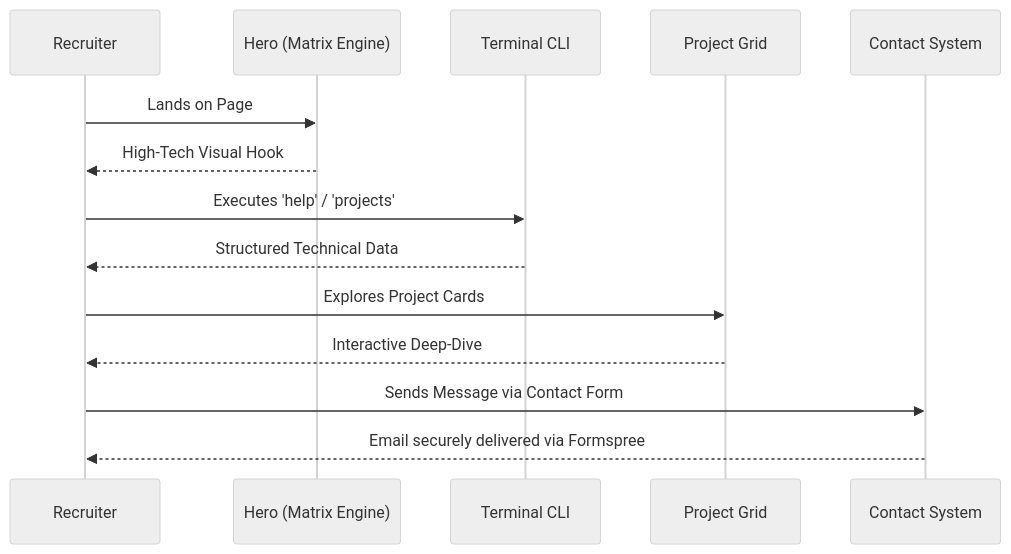
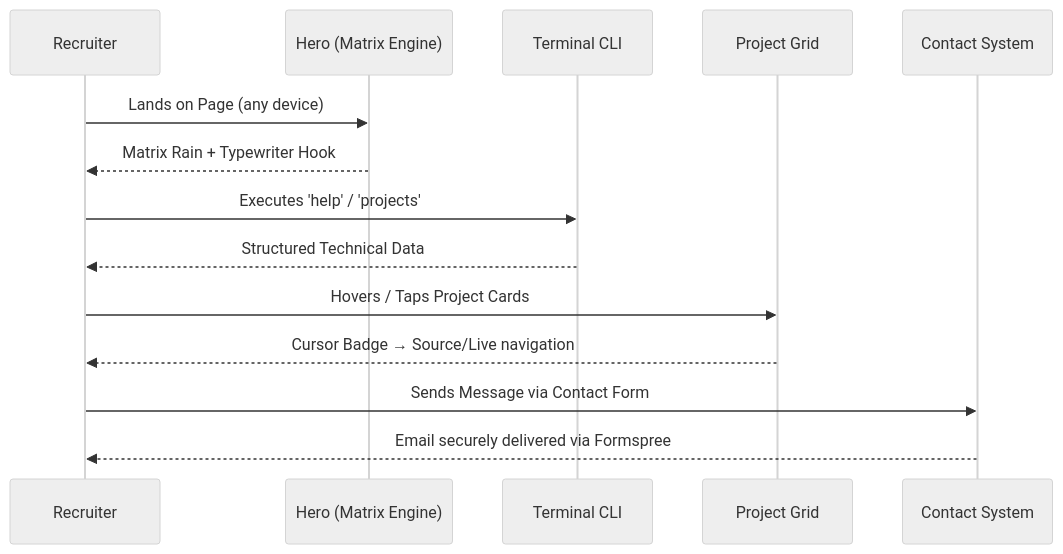
The second of 2 diagrams in README.md (VARA4u-tech/Vara-s--Portfolio), drawn with Mermaid (neutral theme) before and after one commit. The commit also changed other lines of this file, not shown here.

Commit message:
docs: update README with project card interaction details, multi-tier canvas performance models, and technical stack refinements

````diff
--- a/README.md
+++ b/README.md
@@ -106,17 +114,17 @@
 ```mermaid
 sequenceDiagram
     participant Recruiter
     participant Hero as Hero (Matrix Engine)
     participant CLI as Terminal CLI
     participant Projects as Project Grid
     participant Contact as Contact System
 
-    Recruiter->>Hero: Lands on Page
-    Hero-->>Recruiter: High-Tech Visual Hook
+    Recruiter->>Hero: Lands on Page (any device)
+    Hero-->>Recruiter: Matrix Rain + Typewriter Hook
     Recruiter->>CLI: Executes 'help' / 'projects'
     CLI-->>Recruiter: Structured Technical Data
-    Recruiter->>Projects: Explores Project Cards
-    Projects-->>Recruiter: Interactive Deep-Dive
+    Recruiter->>Projects: Hovers / Taps Project Cards
+    Projects-->>Recruiter: Cursor Badge → Source/Live navigation
     Recruiter->>Contact: Sends Message via Contact Form
     Contact-->>Recruiter: Email securely delivered via Formspree
 ```
````
